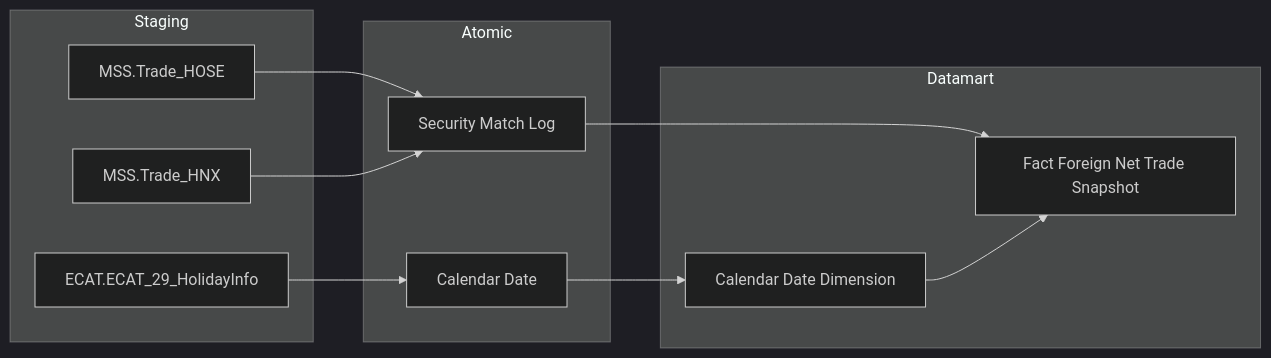
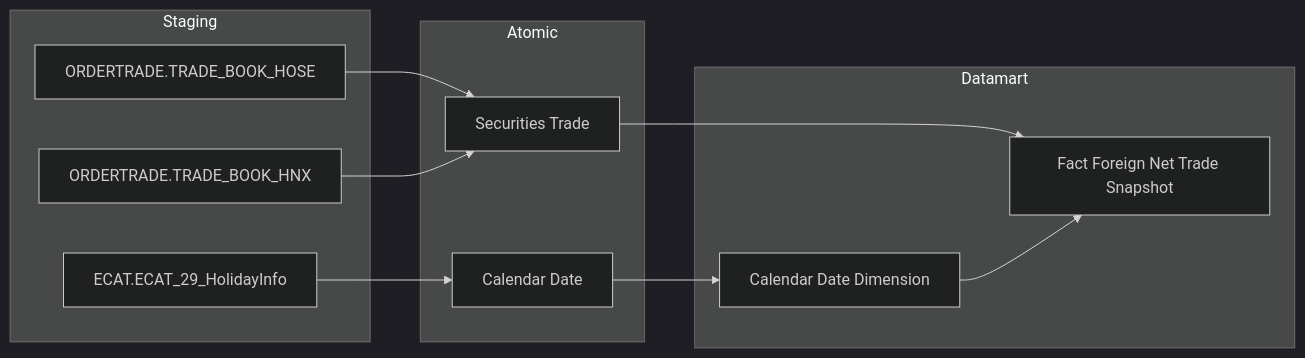
One commit to linhlvit/ubck_atomic_design changed the fifth of 53 diagrams in Datamart/hld/DTM_PTTT_HLD.md. Above: the diagram before and after it, drawn with Mermaid (dark theme). The commit also changed other lines of this file and 21 other files, not shown here.

````diff
--- a/Datamart/hld/DTM_PTTT_HLD.md
+++ b/Datamart/hld/DTM_PTTT_HLD.md
@@ -189,22 +189,22 @@
 ```mermaid
 flowchart LR
     subgraph SRC["Staging"]
-        MSS_Trade_HOSE6["MSS.Trade_HOSE"]
-        MSS_Trade_HNX6["MSS.Trade_HNX"]
+        ORDERTRADE_TRADE_BOOK_HOSE6["ORDERTRADE.TRADE_BOOK_HOSE"]
+        ORDERTRADE_TRADE_BOOK_HNX6["ORDERTRADE.TRADE_BOOK_HNX"]
         ECAT_ECAT_29_HolidayInfo6["ECAT.ECAT_29_HolidayInfo"]
     end
     subgraph SIL["Atomic"]
-        Security_Match_Log6["Security Match Log"]
+        Securities_Trade6["Securities Trade"]
         Calendar_Date6["Calendar Date"]
     end
     subgraph GOLD["Datamart"]
         fct_foreign_net_trade_snpst["Fact Foreign Net Trade Snapshot"]
         cdr_dt_dim6["Calendar Date Dimension"]
     end
-    MSS_Trade_HOSE6 --> Security_Match_Log6
-    MSS_Trade_HNX6 --> Security_Match_Log6
+    ORDERTRADE_TRADE_BOOK_HOSE6 --> Securities_Trade6
+    ORDERTRADE_TRADE_BOOK_HNX6 --> Securities_Trade6
     ECAT_ECAT_29_HolidayInfo6 --> Calendar_Date6
-    Security_Match_Log6 --> fct_foreign_net_trade_snpst
+    Securities_Trade6 --> fct_foreign_net_trade_snpst
     Calendar_Date6 --> cdr_dt_dim6
     cdr_dt_dim6 --> fct_foreign_net_trade_snpst
 ```
````
